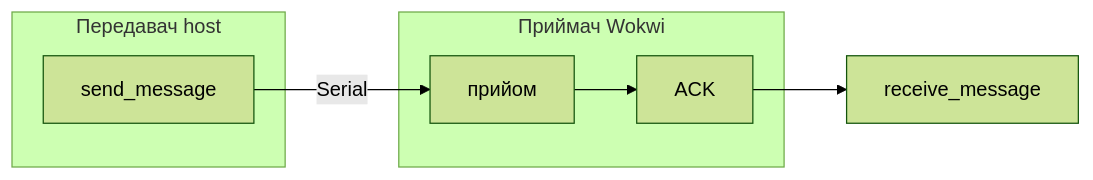
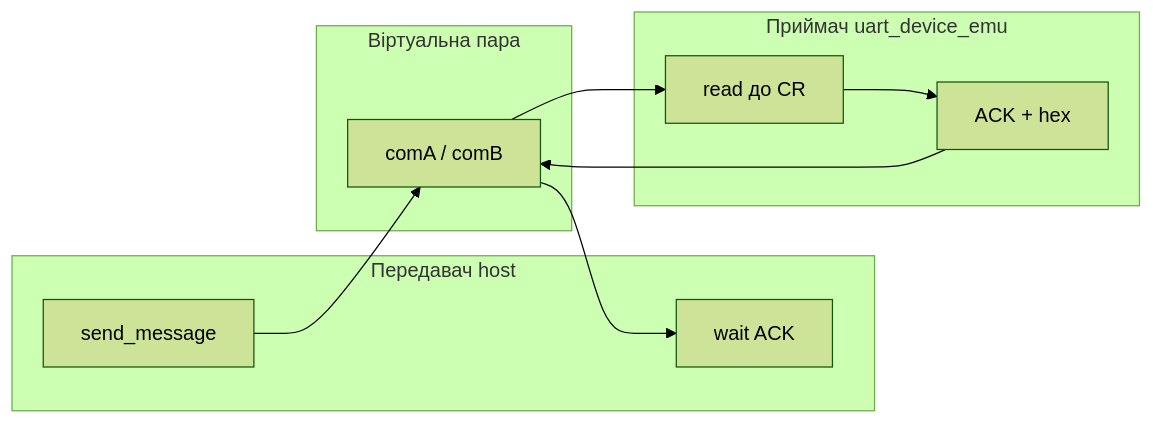
The diagram in examples/lab1/lab1.md (dmytro-kushnir/ppid-labs), drawn with Mermaid (forest theme) before and after one commit. The commit also changed other lines of this file and 23 other files, not shown here.

````diff
--- a/examples/lab1/lab1.md
+++ b/examples/lab1/lab1.md
@@ -58,11 +68,15 @@
 ```mermaid
 flowchart LR
   subgraph tx [Передавач host]
     H3[send_message]
+    H4[wait ACK]
   end
-  subgraph rx [Приймач Wokwi]
-    W1[прийом] --> W2[ACK]
+  subgraph bridge [Віртуальна пара]
+    P[comA / comB]
   end
-  H3 -->|Serial| W1
-  W2 --> H4[receive_message]
+  subgraph rx [Приймач uart_device_emu]
+    W1[read до CR] --> W2[ACK + hex]
+  end
+  H3 --> P --> W1
+  W2 --> P --> H4
 ```
````
